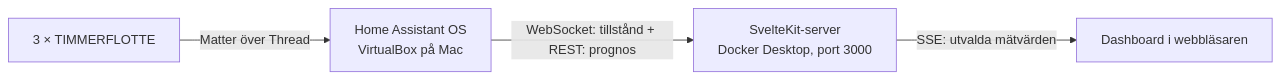
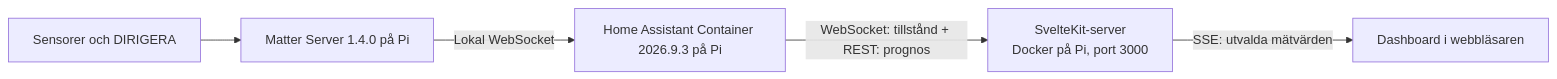
One commit to rosieboy/weather-station changed the diagram in README.md. Above: the diagram before and after it, drawn with Mermaid. The commit also changed other lines of this file and 10 other files, not shown here.

````diff
--- a/README.md
+++ b/README.md
@@ -44,6 +49,7 @@
 ```mermaid
 flowchart LR
-    Sensors["3 × TIMMERFLOTTE"] -->|"Matter över Thread"| HA["Home Assistant OS\nVirtualBox på Mac"]
-    HA -->|"WebSocket: tillstånd + REST: prognos"| Server["SvelteKit-server\nDocker Desktop, port 3000"]
+    Sensors["Sensorer och DIRIGERA"] --> Matter["Matter Server 1.4.0 på Pi"]
+    Matter -->|"Lokal WebSocket"| HA["Home Assistant Container 2026.9.3 på Pi"]
+    HA -->|"WebSocket: tillstånd + REST: prognos"| Server["SvelteKit-server\nDocker på Pi, port 3000"]
     Server -->|"SSE: utvalda mätvärden"| Browser["Dashboard i webbläsaren"]
 ```
````
